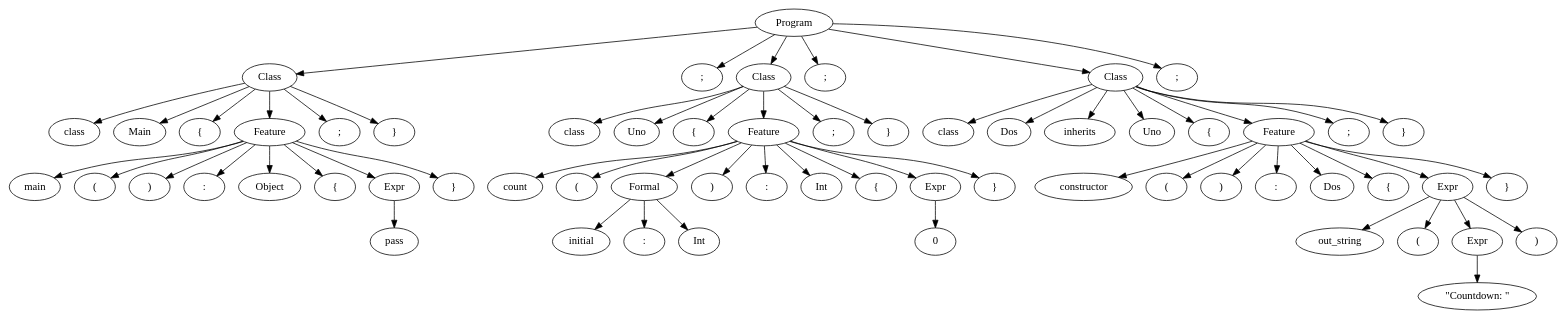
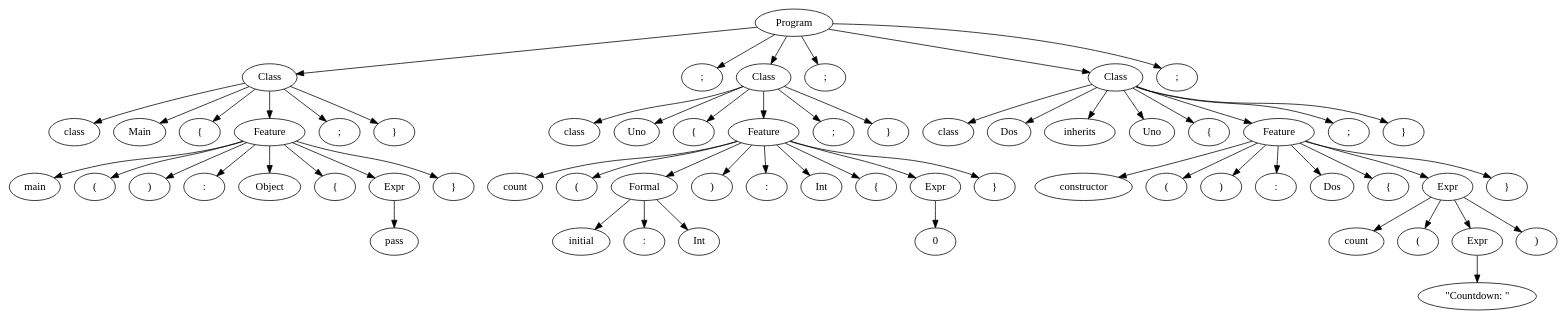
The diagram in output.gv (Manuel-Archila/Proyecto0_CC), drawn with Graphviz before and after one commit. The commit also changed 3 other files, not shown here.

```diff
--- a/output.gv
+++ b/output.gv
@@ -1,125 +1,125 @@
 digraph {
 	0 [label=Program]
 	0 -> 1
 	1 [label=Class]
 	1 -> 2
 	2 [label=class]
 	1 -> 3
 	3 [label=Main]
 	1 -> 4
 	4 [label="{"]
 	1 -> 5
 	5 [label=Feature]
 	5 -> 6
 	6 [label=main]
 	5 -> 7
 	7 [label="("]
 	5 -> 8
 	8 [label=")"]
 	5 -> 9
 	9 [label=":"]
 	5 -> 10
 	10 [label=Object]
 	5 -> 11
 	11 [label="{"]
 	5 -> 12
 	12 [label=Expr]
 	12 -> 13
 	13 [label=pass]
 	5 -> 14
 	14 [label="}"]
 	1 -> 15
 	15 [label=";"]
 	1 -> 16
 	16 [label="}"]
 	0 -> 17
 	17 [label=";"]
 	0 -> 18
 	18 [label=Class]
 	18 -> 19
 	19 [label=class]
 	18 -> 20
 	20 [label=Uno]
 	18 -> 21
 	21 [label="{"]
 	18 -> 22
 	22 [label=Feature]
 	22 -> 23
 	23 [label=count]
 	22 -> 24
 	24 [label="("]
 	22 -> 25
 	25 [label=Formal]
 	25 -> 26
 	26 [label=initial]
 	25 -> 27
 	27 [label=":"]
 	25 -> 28
 	28 [label=Int]
 	22 -> 29
 	29 [label=")"]
 	22 -> 30
 	30 [label=":"]
 	22 -> 31
 	31 [label=Int]
 	22 -> 32
 	32 [label="{"]
 	22 -> 33
 	33 [label=Expr]
 	33 -> 34
 	34 [label=0]
 	22 -> 35
 	35 [label="}"]
 	18 -> 36
 	36 [label=";"]
 	18 -> 37
 	37 [label="}"]
 	0 -> 38
 	38 [label=";"]
 	0 -> 39
 	39 [label=Class]
 	39 -> 40
 	40 [label=class]
 	39 -> 41
 	41 [label=Dos]
 	39 -> 42
 	42 [label=inherits]
 	39 -> 43
 	43 [label=Uno]
 	39 -> 44
 	44 [label="{"]
 	39 -> 45
 	45 [label=Feature]
 	45 -> 46
 	46 [label=constructor]
 	45 -> 47
 	47 [label="("]
 	45 -> 48
 	48 [label=")"]
 	45 -> 49
 	49 [label=":"]
 	45 -> 50
 	50 [label=Dos]
 	45 -> 51
 	51 [label="{"]
 	45 -> 52
 	52 [label=Expr]
 	52 -> 53
-	53 [label=out_string]
+	53 [label=count]
 	52 -> 54
 	54 [label="("]
 	52 -> 55
 	55 [label=Expr]
 	55 -> 56
 	56 [label="\"Countdown: \""]
 	52 -> 57
 	57 [label=")"]
 	45 -> 58
 	58 [label="}"]
 	39 -> 59
 	59 [label=";"]
 	39 -> 60
 	60 [label="}"]
 	0 -> 61
 	61 [label=";"]
 }
```
